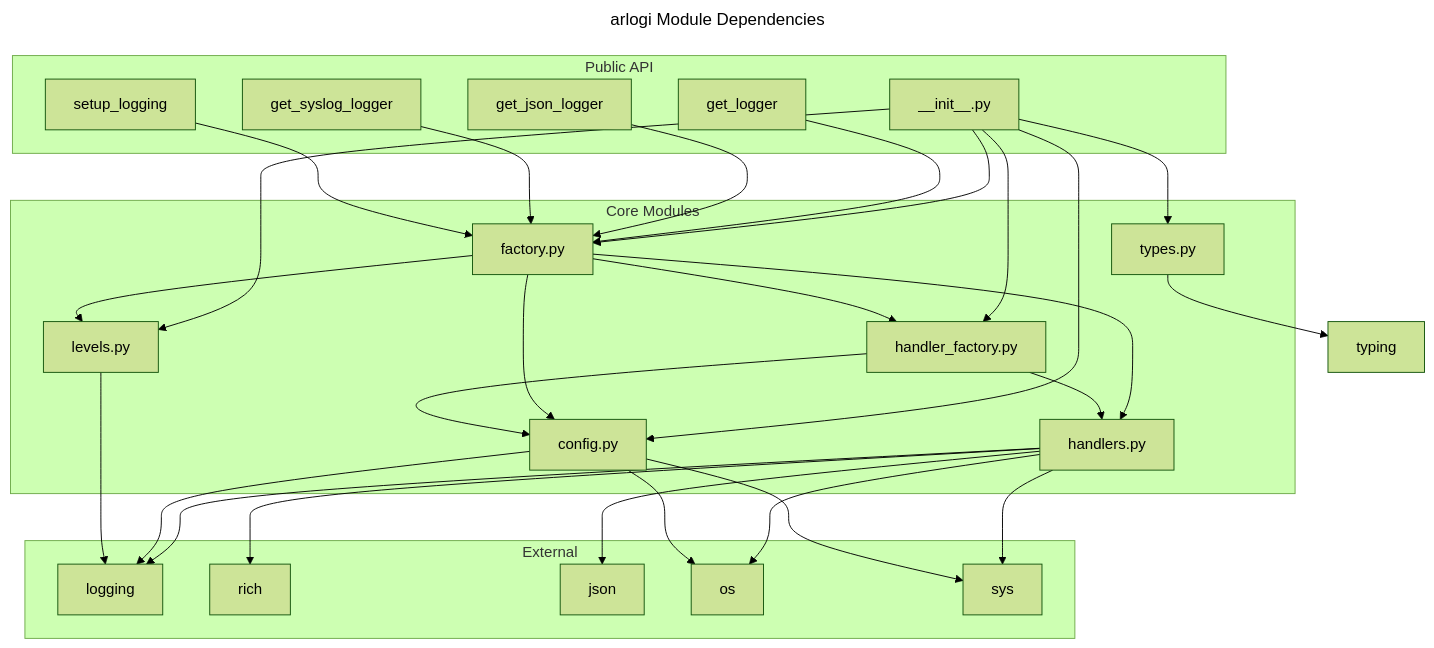
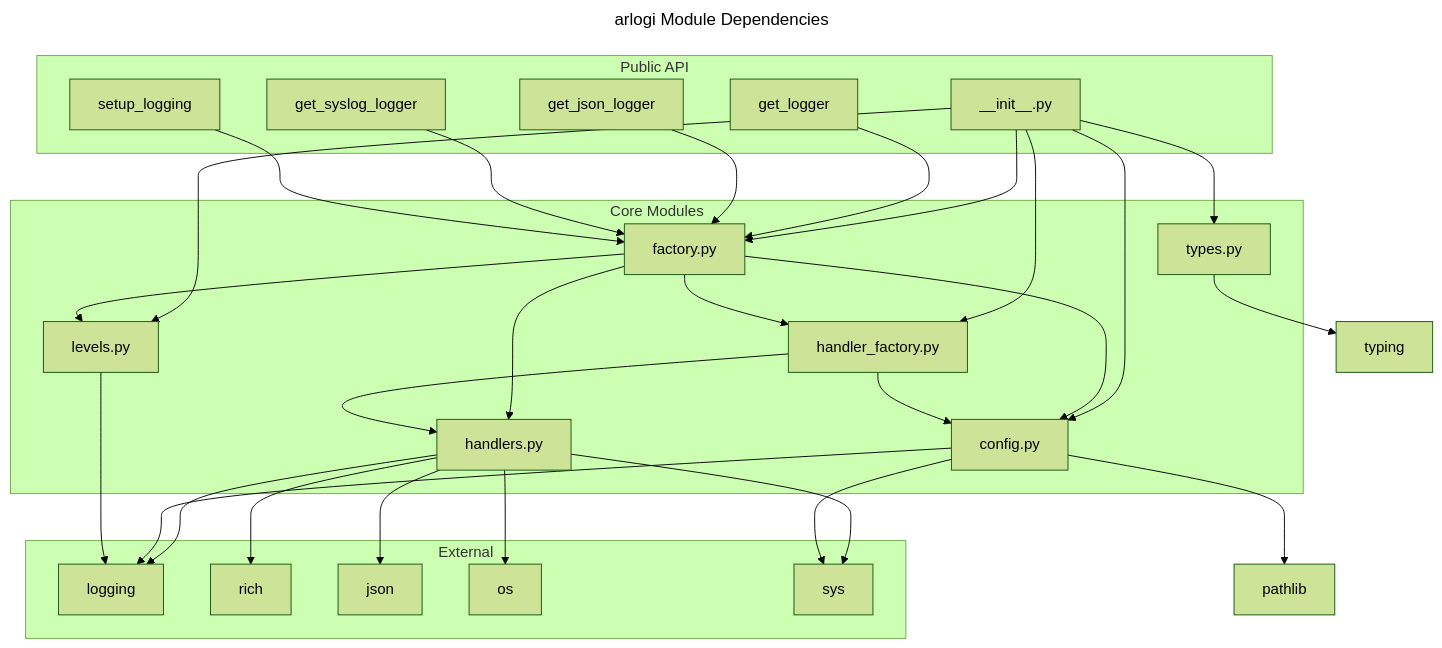
One commit to antragh/arlogi changed the second of 2 diagrams in docs/C4-Documentation/c4-code-src-arlogi.md. Above: the diagram before and after it, drawn with Mermaid (forest theme). The commit also changed other lines of this file and 144 other files, not shown here.

````diff
--- a/docs/C4-Documentation/c4-code-src-arlogi.md
+++ b/docs/C4-Documentation/c4-code-src-arlogi.md
@@ -508,63 +508,63 @@
 ```mermaid
 ---
 title: arlogi Module Dependencies
 ---
 flowchart TD
     subgraph Public API
         __init__[__init__.py]
         get_logger[get_logger]
         get_json_logger[get_json_logger]
         get_syslog_logger[get_syslog_logger]
         setup_logging[setup_logging]
     end
 
     subgraph Core Modules
         config[config.py]
         factory[factory.py]
         handler_factory[handler_factory.py]
         handlers[handlers.py]
         levels[levels.py]
         types[types.py]
     end
 
     subgraph External
         logging[logging]
         rich[rich]
         json[json]
         os
         sys
     end
 
     __init__ --> config
     __init__ --> factory
     __init__ --> handler_factory
     __init__ --> levels
     __init__ --> types
 
     get_logger --> factory
     get_json_logger --> factory
     get_syslog_logger --> factory
     setup_logging --> factory
 
     factory --> config
     factory --> handler_factory
     factory --> handlers
     factory --> levels
 
     handler_factory --> handlers
     handler_factory --> config
 
     handlers --> logging
     handlers --> rich
     handlers --> json
     handlers --> os
     handlers --> sys
 
     config --> logging
-    config --> os
+    config --> pathlib
     config --> sys
 
     levels --> logging
 
     types --> typing
 ```
````
